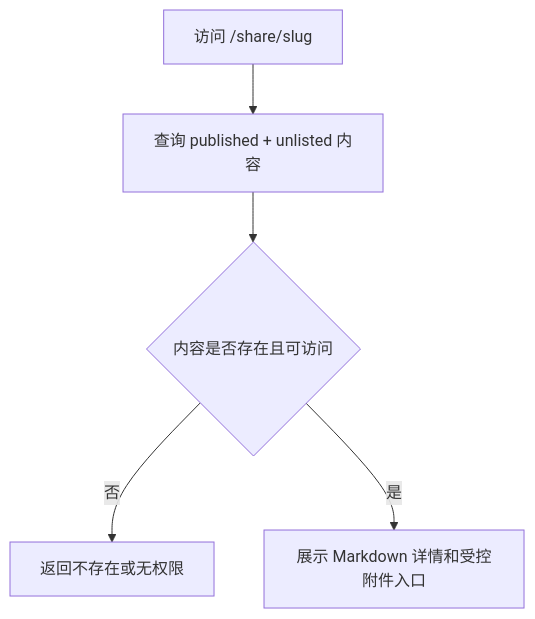
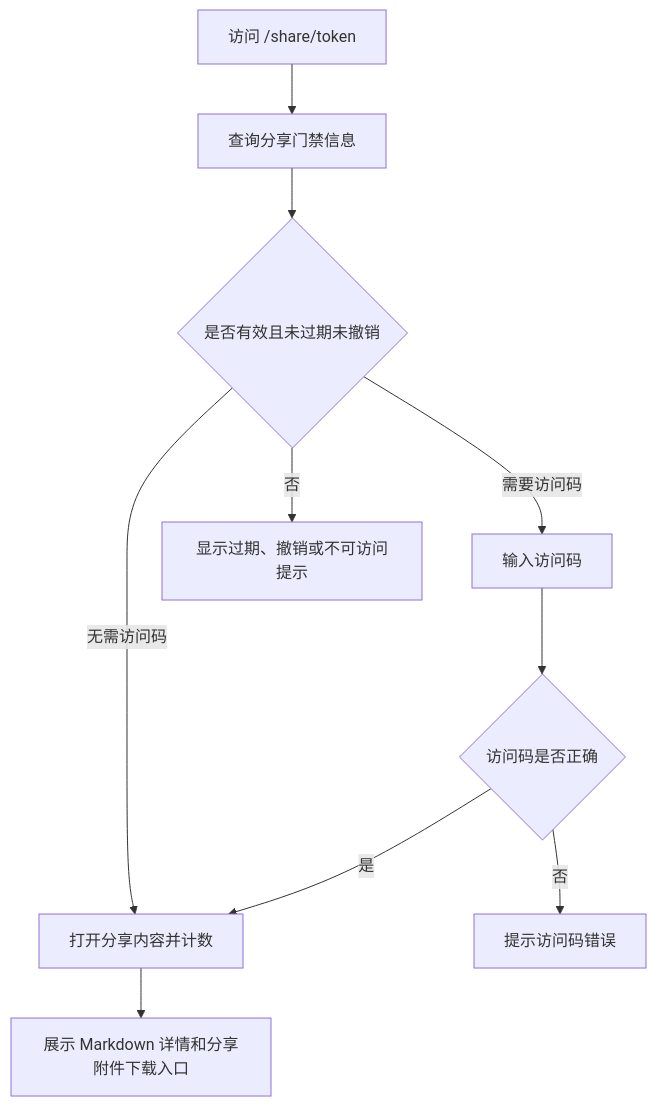
The fourth of 7 diagrams in docs/PRD.md (NgaiYeanCoi/NYC-TekFlow), drawn with Mermaid before and after one commit. The commit also changed other lines of this file and 44 other files, not shown here.

````diff
--- a/docs/PRD.md
+++ b/docs/PRD.md
@@ -366,7 +369,12 @@
 ```mermaid
 flowchart TD
-    A[访问 /share/slug] --> B[查询 published + unlisted 内容]
-    B --> C{内容是否存在且可访问}
-    C -->|否| D[返回不存在或无权限]
-    C -->|是| E[展示 Markdown 详情和受控附件入口]
+    A[访问 /share/token] --> B[查询分享门禁信息]
+    B --> C{是否有效且未过期未撤销}
+    C -->|需要访问码| D[输入访问码]
+    D --> E{访问码是否正确}
+    C -->|无需访问码| F[打开分享内容并计数]
+    E -->|是| F
+    E -->|否| G[提示访问码错误]
+    C -->|否| H[显示过期、撤销或不可访问提示]
+    F --> I[展示 Markdown 详情和分享附件下载入口]
 ```
````
